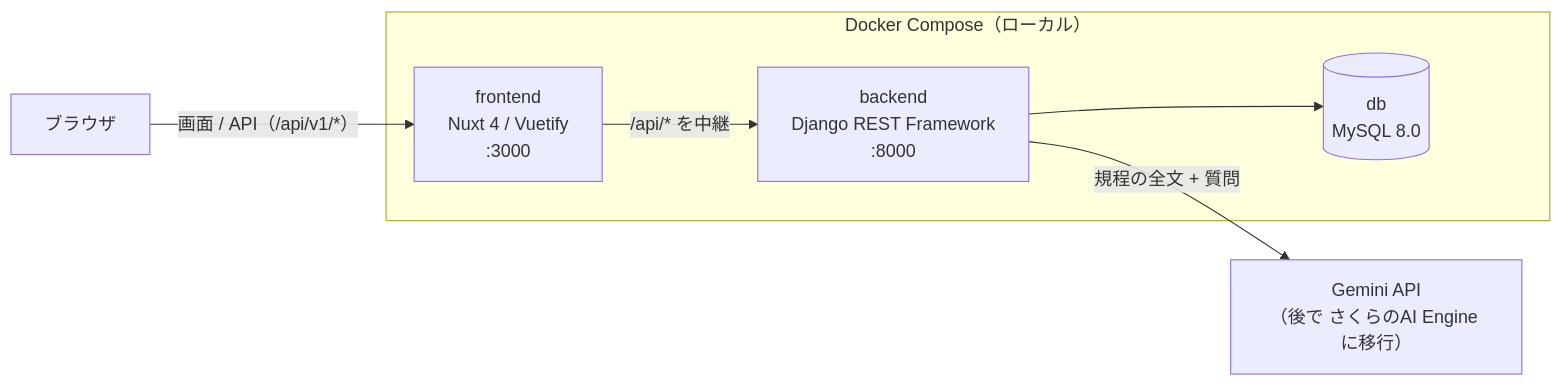
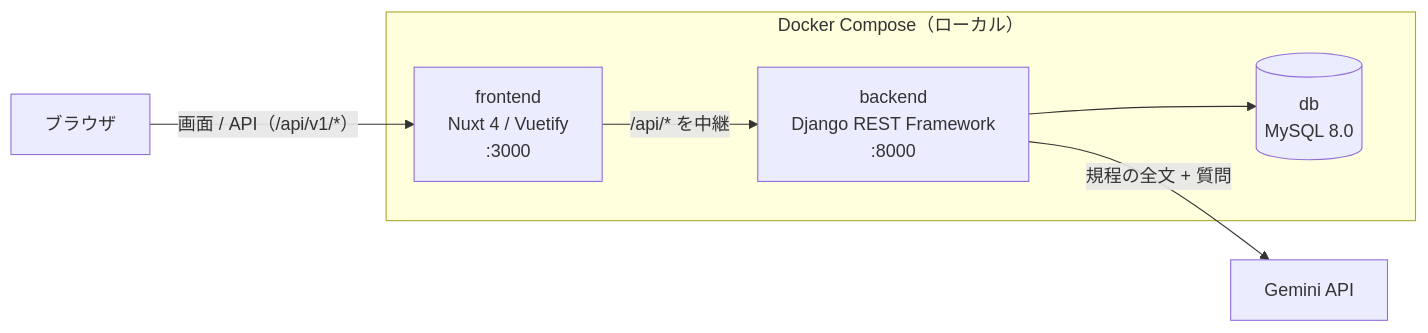
Before and after one commit to Atsushieeeee/hr-policy-app: the first of 4 diagrams in README.md, drawn with Mermaid. The commit also changed other lines of this file, not shown here.

````diff
--- a/README.md
+++ b/README.md
@@ -34,15 +33,15 @@
 ```mermaid
 flowchart LR
     user["ブラウザ"]
     subgraph compose["Docker Compose（ローカル）"]
         front["frontend<br/>Nuxt 4 / Vuetify<br/>:3000"]
         back["backend<br/>Django REST Framework<br/>:8000"]
         db[("db<br/>MySQL 8.0")]
     end
-    ai["Gemini API<br/>（後で さくらのAI Engine に移行）"]
+    ai["Gemini API"]
 
     user -->|"画面 / API（/api/v1/*）"| front
     front -->|"/api/* を中継"| back
     back --> db
     back -->|"規程の全文 + 質問"| ai
 ```
````
